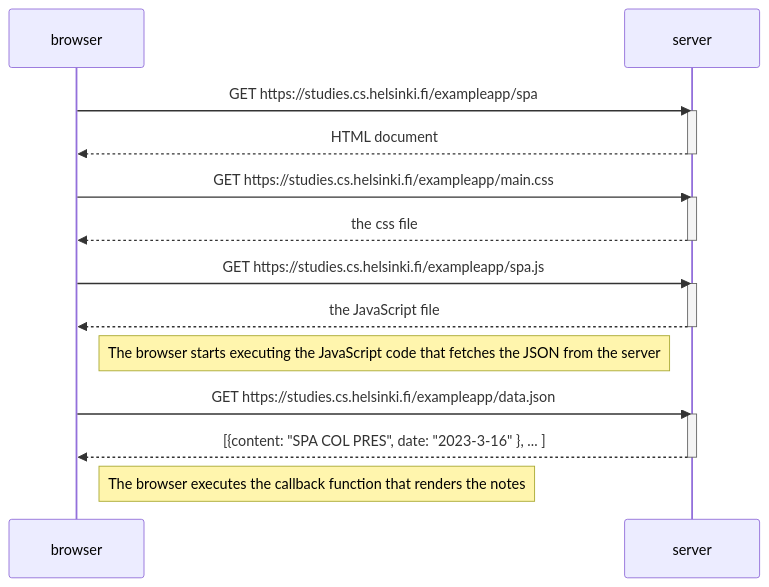
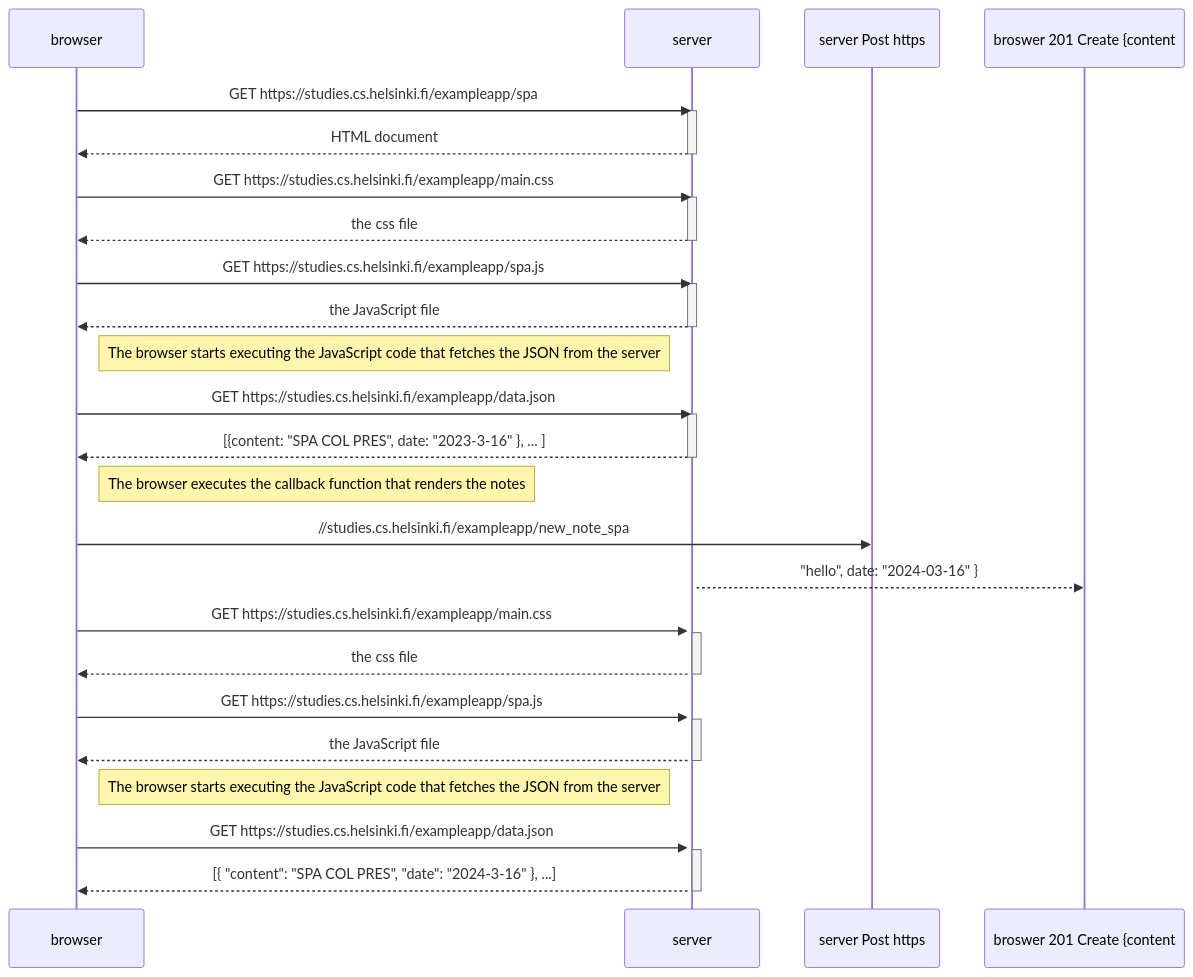
Before and after one commit to AmjadShakhshir/fullstack-exercises: the diagram in part0/spa.md, drawn with Mermaid. The commit also changed 1 other file, not shown here.

Commit message:
add spa solution

````diff
--- a/part0/spa.md
+++ b/part0/spa.md
@@ -1,29 +1,50 @@
 ```mermaid
 sequenceDiagram
     participant browser
     participant server
 
     browser->>server: GET https://studies.cs.helsinki.fi/exampleapp/spa
     activate server
     server-->>browser: HTML document
     deactivate server
 
     browser->>server: GET https://studies.cs.helsinki.fi/exampleapp/main.css
     activate server
     server-->>browser: the css file
     deactivate server
 
     browser->>server: GET https://studies.cs.helsinki.fi/exampleapp/spa.js
     activate server
     server-->>browser: the JavaScript file
     deactivate server
 
     Note right of browser: The browser starts executing the JavaScript code that fetches the JSON from the server
 
     browser->>server: GET https://studies.cs.helsinki.fi/exampleapp/data.json
     activate server
     server-->>browser: [{content: "SPA COL PRES", date: "2023-3-16" }, ... ]
     deactivate server
 
     Note right of browser: The browser executes the callback function that renders the notes
+
+    browser->>server Post https://studies.cs.helsinki.fi/exampleapp/new_note_spa
+    activate server
+    server-->>broswer 201 Create {content: "hello", date: "2024-03-16" }
+
+    browser->>server: GET https://studies.cs.helsinki.fi/exampleapp/main.css
+    activate server
+    server-->>browser: the css file
+    deactivate server
+
+    browser->>server: GET https://studies.cs.helsinki.fi/exampleapp/spa.js
+    activate server
+    server-->>browser: the JavaScript file
+    deactivate server
+
+    Note right of browser: The browser starts executing the JavaScript code that fetches the JSON from the server
+
+    browser->>server: GET https://studies.cs.helsinki.fi/exampleapp/data.json
+    activate server
+    server-->>browser: [{ "content": "SPA COL PRES", "date": "2024-3-16" }, ...]
+    deactivate server
 ```
````
